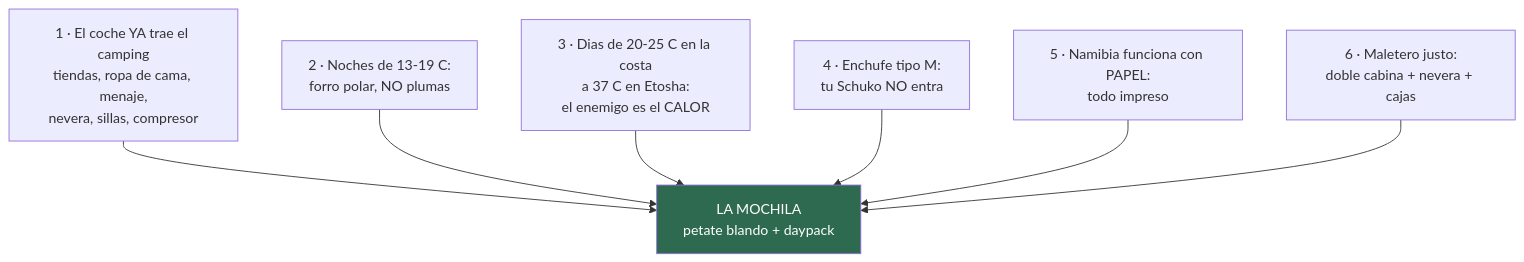
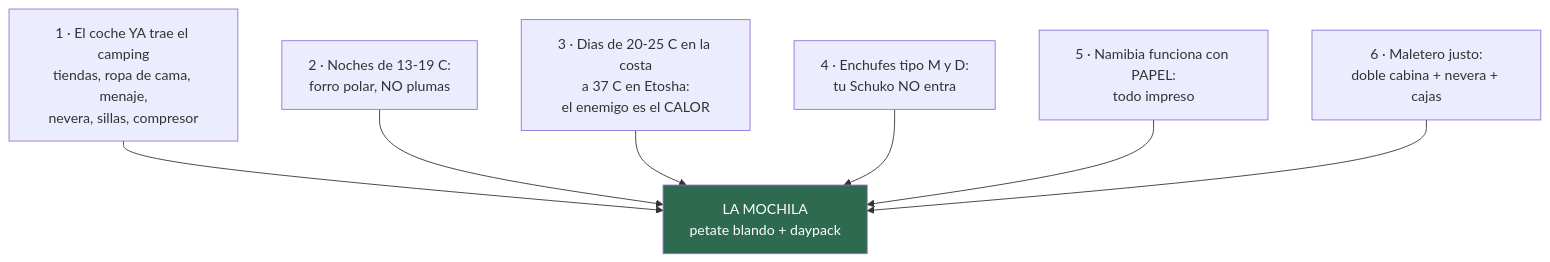
The diagram in 05-equipaje.md (morandeirachema/namibia), drawn with Mermaid before and after one commit. The commit also changed other lines of this file and 24 other files, not shown here.

````diff
--- a/05-equipaje.md
+++ b/05-equipaje.md
@@ -21,10 +21,10 @@
 ```mermaid
 flowchart TD
     R1["1 · El coche YA trae el camping<br/>tiendas, ropa de cama, menaje,<br/>nevera, sillas, compresor"] --> M["LA MOCHILA<br/>petate blando + daypack"]
     R2["2 · Noches de 13-19 C:<br/>forro polar, NO plumas"] --> M
     R3["3 · Dias de 20-25 C en la costa<br/>a 37 C en Etosha:<br/>el enemigo es el CALOR"] --> M
-    R4["4 · Enchufe tipo M:<br/>tu Schuko NO entra"] --> M
+    R4["4 · Enchufes tipo M y D:<br/>tu Schuko NO entra"] --> M
     R5["5 · Namibia funciona con PAPEL:<br/>todo impreso"] --> M
     R6["6 · Maletero justo:<br/>doble cabina + nevera + cajas"] --> M
     style M fill:#2d6a4f,color:#fff
 ```
````
